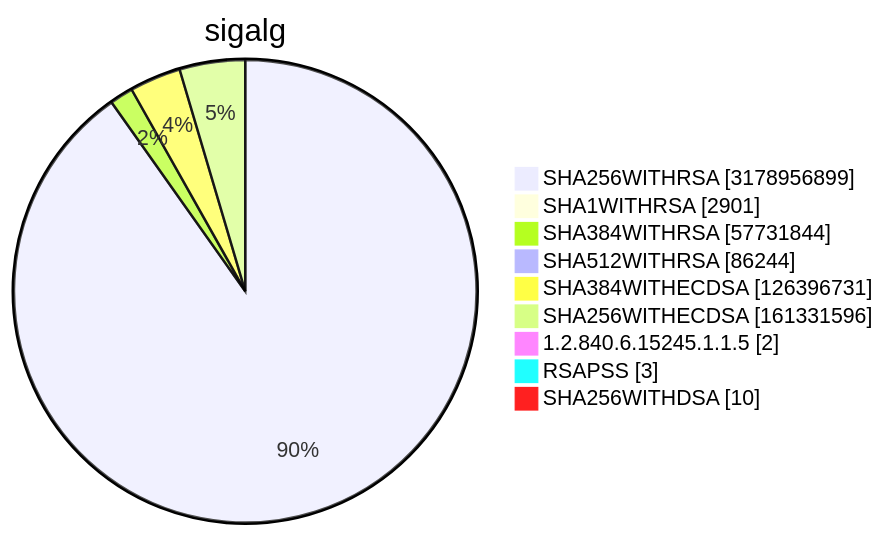
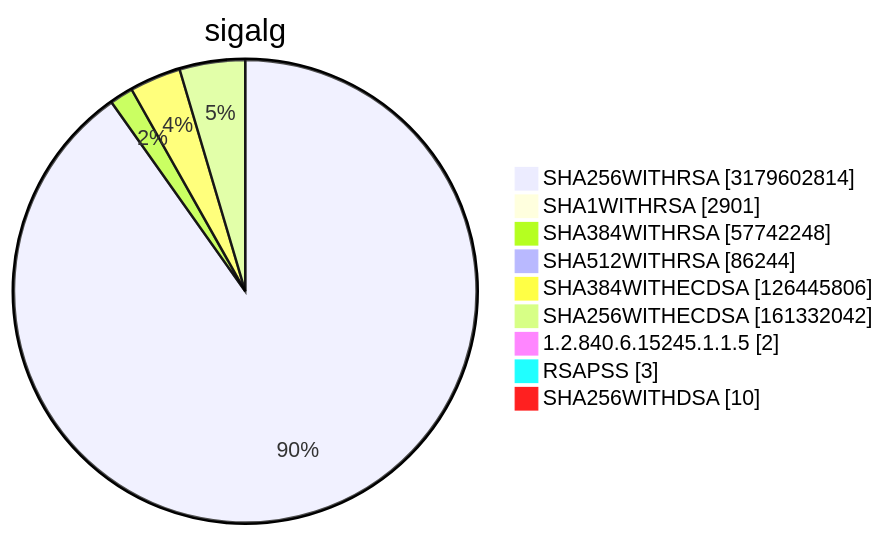
Before and after one commit to christiankrug/ctmonitor_visualization: diagram 15 of 15 in TOTAL/README.md, drawn with Mermaid. The commit also changed other lines of this file, not shown here.

````diff
--- a/TOTAL/README.md
+++ b/TOTAL/README.md
@@ -6215,13 +6215,13 @@
 ```mermaid
 pie showData
 title sigalg
-"SHA256WITHRSA" :3178956899
+"SHA256WITHRSA" :3179602814
 "SHA1WITHRSA" :2901
-"SHA384WITHRSA" :57731844
+"SHA384WITHRSA" :57742248
 "SHA512WITHRSA" :86244
-"SHA384WITHECDSA" :126396731
-"SHA256WITHECDSA" :161331596
+"SHA384WITHECDSA" :126445806
+"SHA256WITHECDSA" :161332042
 "1.2.840.6.15245.1.1.5" :2
 "RSAPSS" :3
 "SHA256WITHDSA" :10
 ```
````
